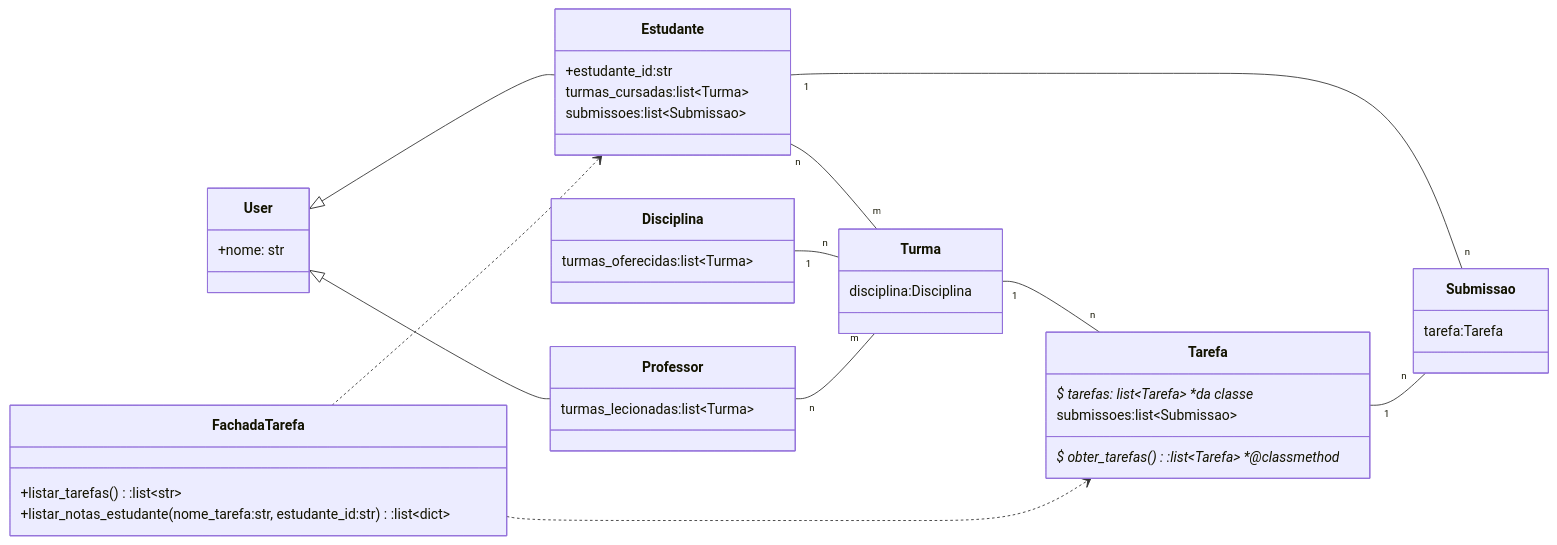
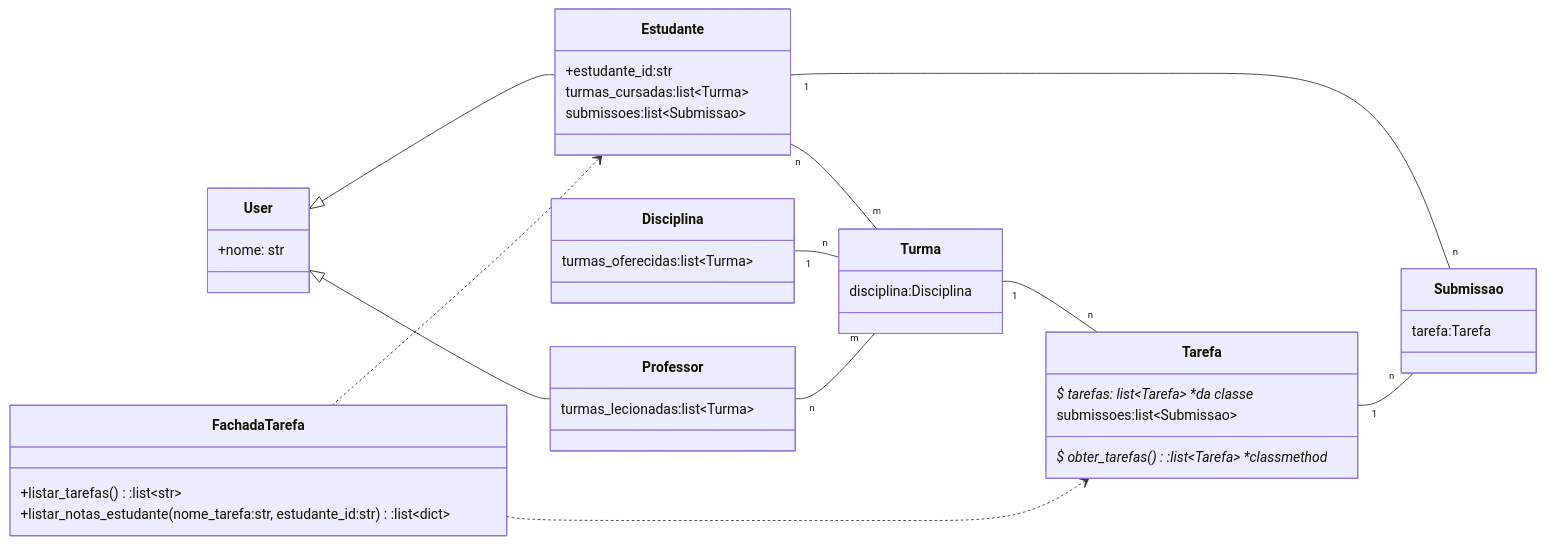
Before and after one commit to insper-classroom/Ag22_SimP1: the diagram in classes.md, drawn with Mermaid.

````diff
--- a/classes.md
+++ b/classes.md
@@ -8,43 +8,43 @@
 ```mermaid
 classDiagram
 direction LR
 class User {
 +nome: str
 }
 class Professor {
 turmas_lecionadas:list~Turma~ 
 }
 class Estudante {
 +estudante_id:str
 turmas_cursadas:list~Turma~ 
 submissoes:list~Submissao~ 
 }
 class Disciplina {
 turmas_oferecidas:list~Turma~
 }
 class Turma {
 disciplina:Disciplina
 }
 class Tarefa {
 $ tarefas: list~Tarefa~ *da classe*
 submissoes:list~Submissao~
-$ obter_tarefas():list~Tarefa~ *@classmethod*
+$ obter_tarefas():list~Tarefa~ *classmethod*
 }
 class Submissao {
 tarefa:Tarefa
 }
 class FachadaTarefa{
 +listar_tarefas():list~str~
 +listar_notas_estudante(nome_tarefa:str, estudante_id:str):list~dict~
 }
 Estudante "n" -- "m" Turma 
 Estudante "1" -- "n" Submissao 
 Tarefa "1" -- "n" Submissao
 Turma "1" -- "n" Tarefa
 Disciplina "1" -- "n" Turma 
 Professor "n" -- "m" Turma
 User <|-- Estudante
 User <|-- Professor
 FachadaTarefa ..> Tarefa 
 FachadaTarefa ..> Estudante
 ```
````
